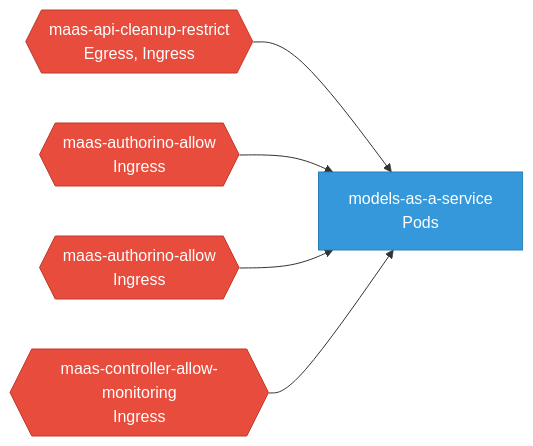
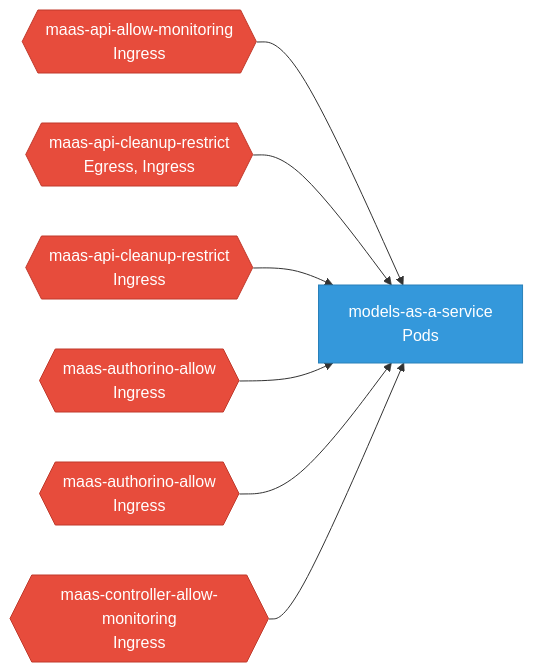
The second of 2 diagrams in site/docs/use-cases/odh-platform/components/models_as_a_service/network.md (ugiordan/rhoai-architecture-analyzer), drawn with Mermaid before and after one commit. The commit also changed other lines of this file and 402 other files, not shown here.

````diff
--- a/site/docs/use-cases/odh-platform/components/models_as_a_service/network.md
+++ b/site/docs/use-cases/odh-platform/components/models_as_a_service/network.md
@@ -46,16 +48,20 @@
 ```mermaid
 graph LR
     classDef policy fill:#e74c3c,stroke:#c0392b,color:#fff
     classDef pod fill:#3498db,stroke:#2980b9,color:#fff
     classDef external fill:#95a5a6,stroke:#7f8c8d,color:#fff
 
     models_as_a_service["models-as-a-service\nPods"]:::pod
-    np_0_maas_api_cleanup_restrict{{"maas-api-cleanup-restrict\nEgress, Ingress"}}:::policy
-    np_0_maas_api_cleanup_restrict --> models_as_a_service
-    np_1_maas_authorino_allow{{"maas-authorino-allow\nIngress"}}:::policy
-    np_1_maas_authorino_allow --> models_as_a_service
-    np_2_maas_authorino_allow{{"maas-authorino-allow\nIngress"}}:::policy
-    np_2_maas_authorino_allow --> models_as_a_service
-    np_3_maas_controller_allow_monitoring{{"maas-controller-allow-monitoring\nIngress"}}:::policy
-    np_3_maas_controller_allow_monitoring --> models_as_a_service
+    np_0_maas_api_allow_monitoring{{"maas-api-allow-monitoring\nIngress"}}:::policy
+    np_0_maas_api_allow_monitoring --> models_as_a_service
+    np_1_maas_api_cleanup_restrict{{"maas-api-cleanup-restrict\nEgress, Ingress"}}:::policy
+    np_1_maas_api_cleanup_restrict --> models_as_a_service
+    np_2_maas_api_cleanup_restrict{{"maas-api-cleanup-restrict\nIngress"}}:::policy
+    np_2_maas_api_cleanup_restrict --> models_as_a_service
+    np_3_maas_authorino_allow{{"maas-authorino-allow\nIngress"}}:::policy
+    np_3_maas_authorino_allow --> models_as_a_service
+    np_4_maas_authorino_allow{{"maas-authorino-allow\nIngress"}}:::policy
+    np_4_maas_authorino_allow --> models_as_a_service
+    np_5_maas_controller_allow_monitoring{{"maas-controller-allow-monitoring\nIngress"}}:::policy
+    np_5_maas_controller_allow_monitoring --> models_as_a_service
 ```
````
